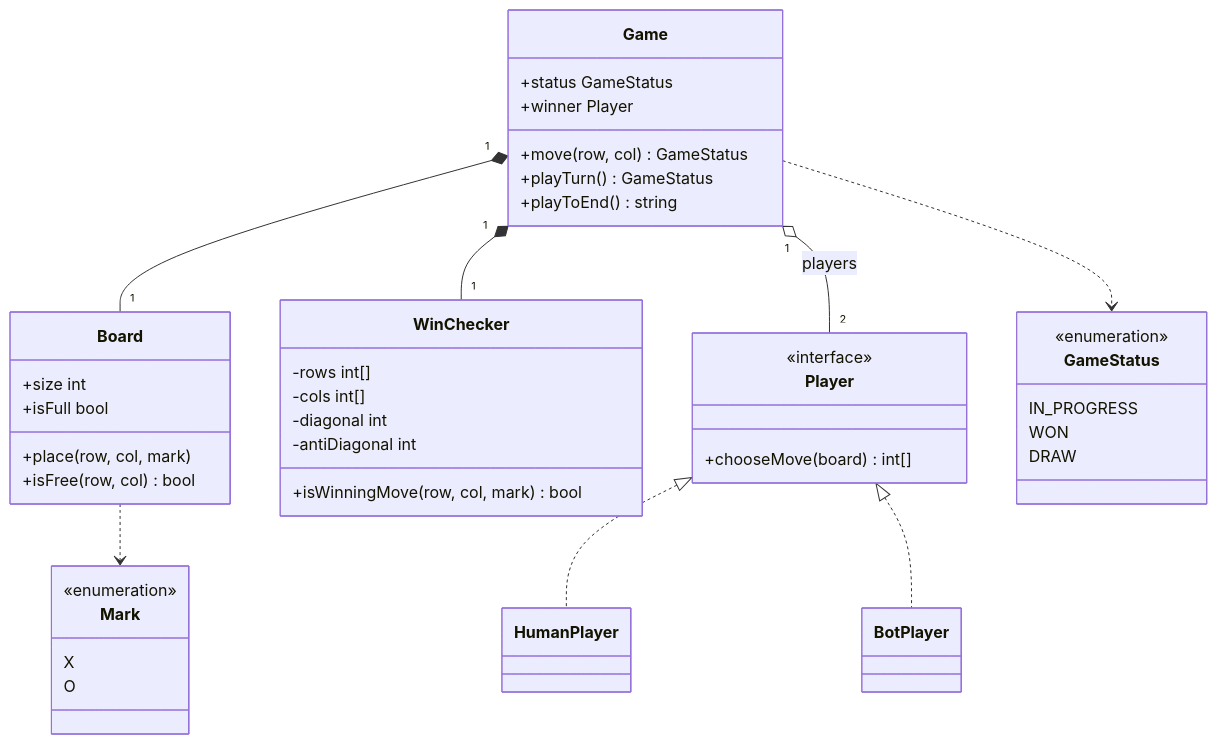
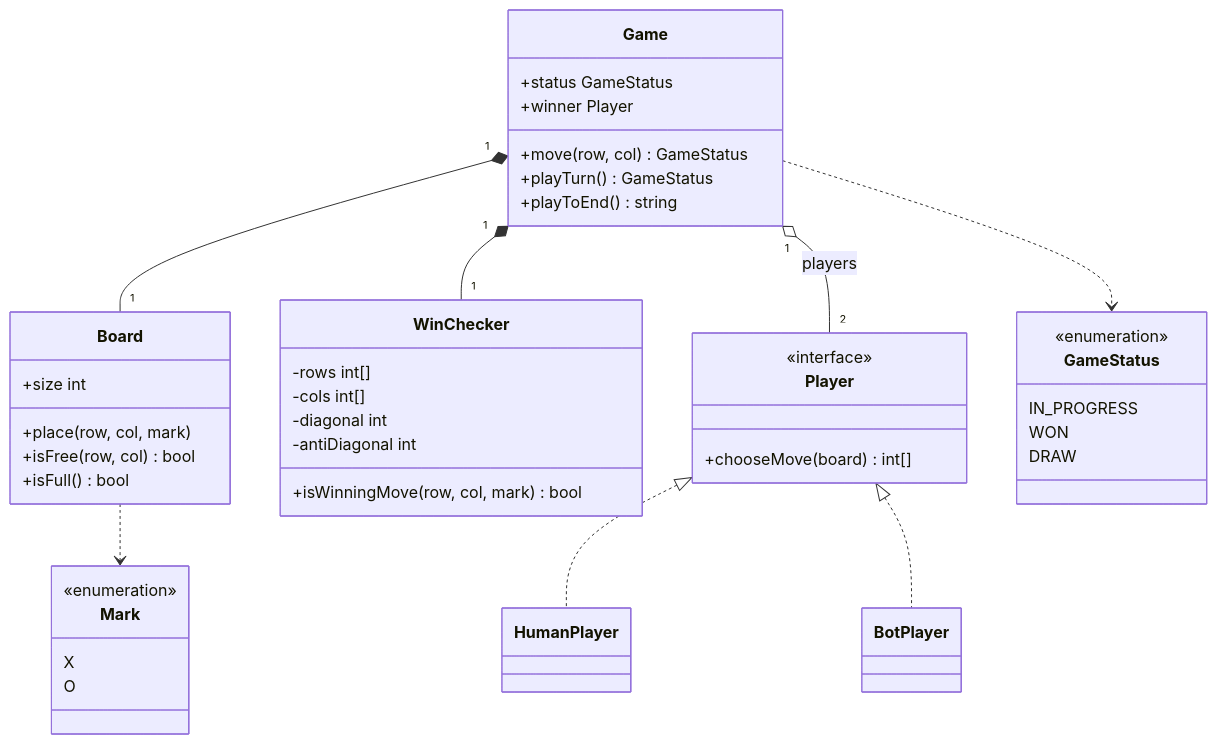
One commit to iamrs77/interview-ready changed the first of 2 diagrams in content/low-level-design/problems/tic-tac-toe.mdx. Above: the diagram before and after it, drawn with Mermaid. The commit also changed other lines of this file and 96 other files, not shown here.

````diff
--- a/content/low-level-design/problems/tic-tac-toe.mdx
+++ b/content/low-level-design/problems/tic-tac-toe.mdx
@@ -65,48 +65,48 @@
 ```mermaid
 classDiagram
   direction TB
   class Game:::concrete {
     +status GameStatus
     +winner Player
     +move(row, col) GameStatus
     +playTurn() GameStatus
     +playToEnd() string
   }
   class Board:::concrete {
     +size int
     +place(row, col, mark)
     +isFree(row, col) bool
-    +isFull bool
+    +isFull() bool
   }
   class WinChecker:::concrete {
     -rows int[]
     -cols int[]
     -diagonal int
     -antiDiagonal int
     +isWinningMove(row, col, mark) bool
   }
   class Player:::iface {
     <<interface>>
     +chooseMove(board) int[]
   }
   class HumanPlayer:::concrete
   class BotPlayer:::concrete
   class Mark:::enum {
     <<enumeration>>
     X
     O
   }
   class GameStatus:::enum {
     <<enumeration>>
     IN_PROGRESS
     WON
     DRAW
   }
   Game "1" *-- "1" Board
   Game "1" *-- "1" WinChecker
   Game "1" o-- "2" Player : players
   Player <|.. HumanPlayer
   Player <|.. BotPlayer
   Board ..> Mark
   Game ..> GameStatus
 ```
````
